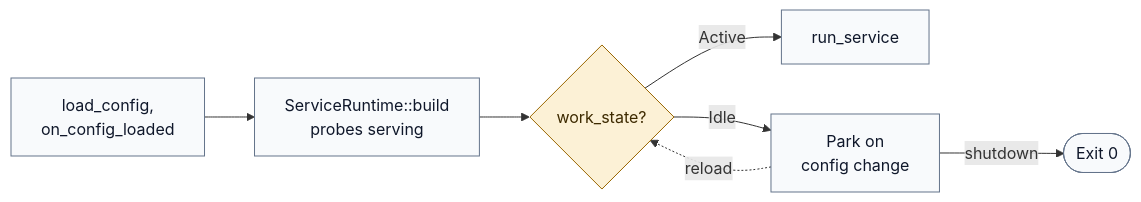
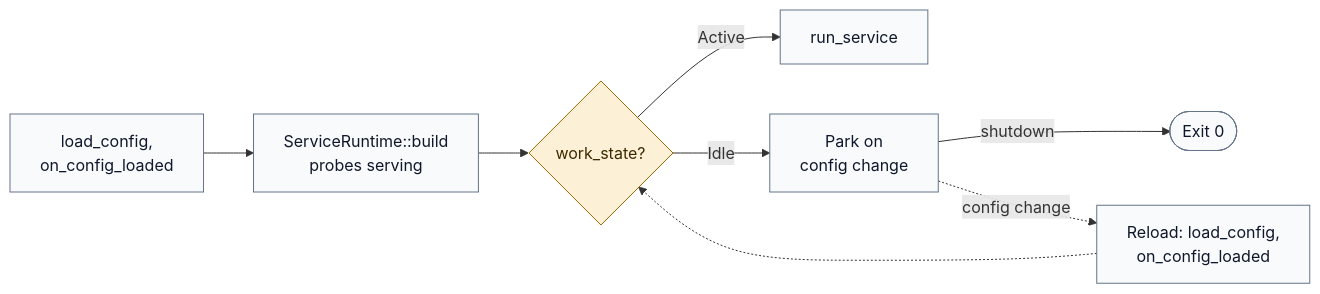
The diagram in docs/core-pillars/lifecycle.md (hyperi-io/scalo-rs), drawn with Mermaid before and after one commit. The commit also changed other lines of this file and 2 other files, not shown here.

Commit message:
docs(diagrams): fix scalo-service diagrams for 2.14.31
The scalo-service chart diagram adds an intro sentence, accTitle, accDescr and the default class line. Its Figure 1 caption links to the architecture page. The architecture page numbers its only figure 1.

The idle gate diagram in lifecycle.md had Idle and reload arrows running both ways between park and work_state. Reload has a separate box (load_config and on_config_loaded) that returns to work_state, matching the code.

````diff
--- a/docs/core-pillars/lifecycle.md
+++ b/docs/core-pillars/lifecycle.md
@@ -47,23 +47,25 @@
 ```mermaid
 flowchart LR
     accTitle: L4 Detail -- Idle gate
     accDescr: run_app loads the config and calls on_config_loaded, builds the ServiceRuntime so the probes serve, then asks work_state. Active runs the service. Idle parks until the config changes, which reloads it and asks again, or until shutdown, which exits 0.
 
     load["load_config,<br/>on_config_loaded"]
     build["ServiceRuntime::build<br/>probes serving"]
     state{"work_state?"}
     run["run_service"]
     park["Park on<br/>config change"]
+    reload["Reload: load_config,<br/>on_config_loaded"]
     exit(["Exit 0"])
 
     load --> build
     build --> state
     state -->|Active| run
     state -->|Idle| park
     park -->|shutdown| exit
-    park -.->|reload| state
+    park -.->|config change| reload
+    reload -.-> state
 
     classDef default fill:#F8FAFC,stroke:#64748B,stroke-width:1px,color:#0F172A
     classDef decision fill:#FCF1D6,stroke:#9A6700,stroke-width:1px,color:#3D2A00
     class state decision
 ```
````
